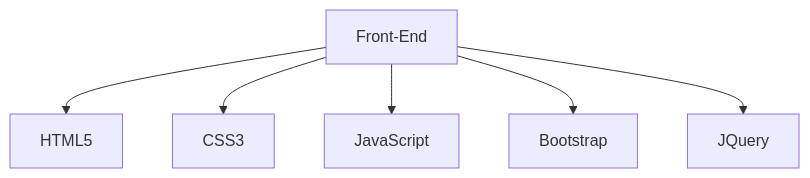
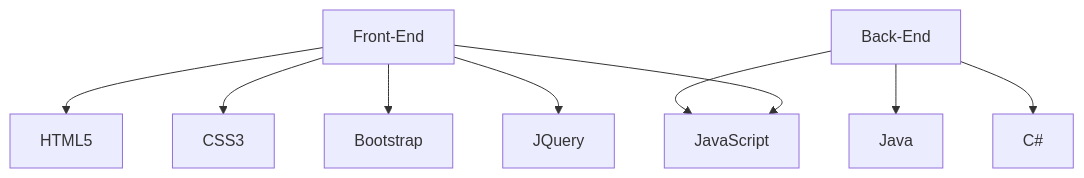
Before and after one commit to LuongXuanNhat/LuongXuanNhat: the first of 4 diagrams in README.md, drawn with Mermaid.

````diff
--- a/README.md
+++ b/README.md
@@ -20,8 +20,11 @@
 ```mermaid
 graph TD;
     Front-End-->HTML5;
     Front-End-->CSS3;
     Front-End-->JavaScript;
     Front-End-->Bootstrap;
     Front-End-->JQuery;
+    Back-End-->Java;
+    Back-End-->C#;
+    Back-End-->JavaScript;
    ```
````
